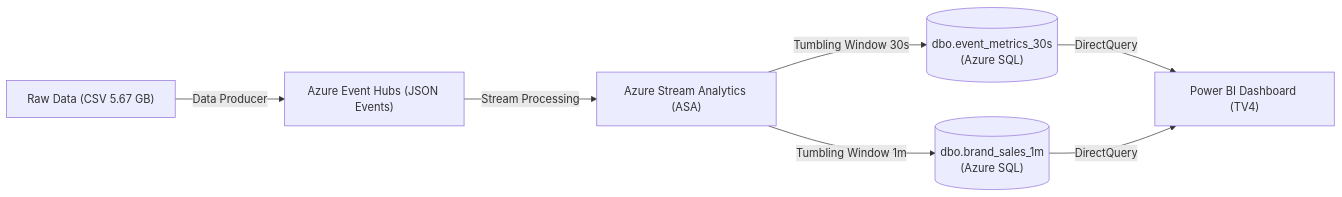
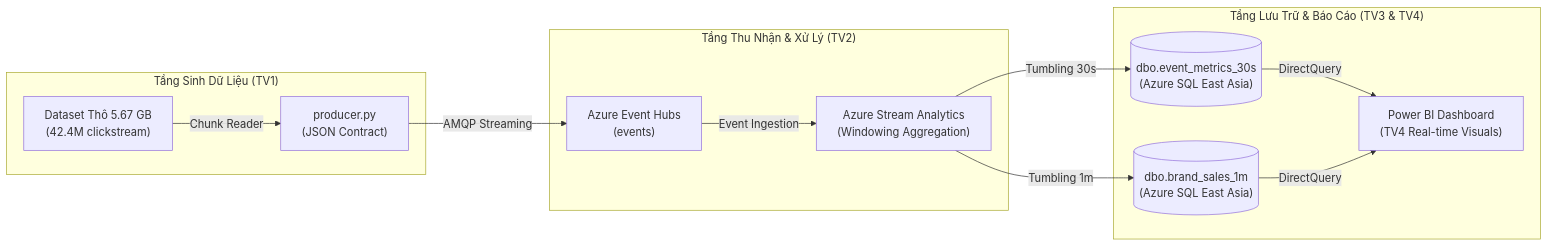
Before and after one commit to 23520052/BTL_IS402.R11: the second of 2 diagrams in docs/project_report/03_database_performance.md, drawn with Mermaid. The commit also changed other lines of this file, not shown here.

````diff
--- a/docs/project_report/03_database_performance.md
+++ b/docs/project_report/03_database_performance.md
@@ -63,9 +134,18 @@
 ```mermaid
 flowchart LR
-    A["Raw Data (CSV 5.67 GB)"] -->|Data Producer| B["Azure Event Hubs (JSON Events)"]
-    B -->|Stream Processing| C["Azure Stream Analytics (ASA)"]
-    C -->|Tumbling Window 30s| D[("dbo.event_metrics_30s\n(Azure SQL)")]
-    C -->|Tumbling Window 1m| E[("dbo.brand_sales_1m\n(Azure SQL)")]
-    D -->|DirectQuery| F["Power BI Dashboard (TV4)"]
-    E -->|DirectQuery| F
+    subgraph DataProducer["Tầng Sinh Dữ Liệu (TV1)"]
+        CSV["Dataset Thô 5.67 GB\n(42.4M clickstream)"] -->|Chunk Reader| PY["producer.py\n(JSON Contract)"]
+    end
+    
+    subgraph Ingestion["Tầng Thu Nhận & Xử Lý (TV2)"]
+        PY -->|AMQP Streaming| EH["Azure Event Hubs\n(events)"]
+        EH -->|Event Ingestion| ASA["Azure Stream Analytics\n(Windowing Aggregation)"]
+    end
+    
+    subgraph Storage["Tầng Lưu Trữ & Báo Cáo (TV3 & TV4)"]
+        ASA -->|Tumbling 30s| T1[("dbo.event_metrics_30s\n(Azure SQL East Asia)")]
+        ASA -->|Tumbling 1m| T2[("dbo.brand_sales_1m\n(Azure SQL East Asia)")]
+        T1 -->|DirectQuery| PBI["Power BI Dashboard\n(TV4 Real-time Visuals)"]
+        T2 -->|DirectQuery| PBI
+    end
 ```
````
